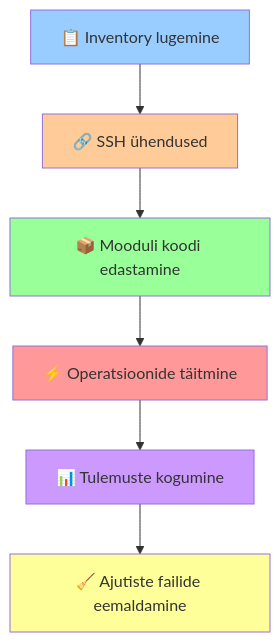
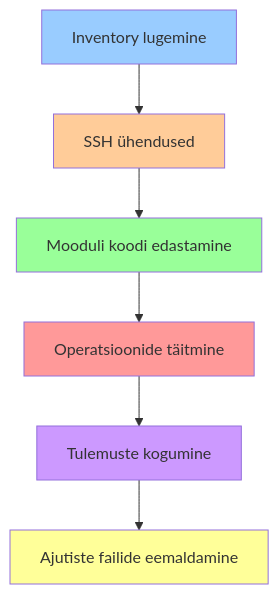
One commit to mtalvik/automation changed the second of 2 diagrams in docs/ansible_basics/lecture.md. Above: the diagram before and after it, drawn with Mermaid. The commit also changed other lines of this file and 2 other files, not shown here.

````diff
--- a/docs/ansible_basics/lecture.md
+++ b/docs/ansible_basics/lecture.md
@@ -89,15 +89,15 @@
 ```mermaid
 flowchart TD
-    A[📋 Inventory lugemine] --> B[🔗 SSH ühendused]
-    B --> C[📦 Mooduli koodi edastamine]
-    C --> D[⚡ Operatsioonide täitmine]
-    D --> E[📊 Tulemuste kogumine]
-    E --> F[🧹 Ajutiste failide eemaldamine]
+    A[Inventory lugemine] --> B[SSH ühendused]
+    B --> C[Mooduli koodi edastamine]
+    C --> D[Operatsioonide täitmine]
+    D --> E[Tulemuste kogumine]
+    E --> F[Ajutiste failide eemaldamine]
     
     style A fill:#99ccff
     style B fill:#ffcc99
     style C fill:#99ff99
     style D fill:#ff9999
     style E fill:#cc99ff
     style F fill:#ffff99
 ```
````
